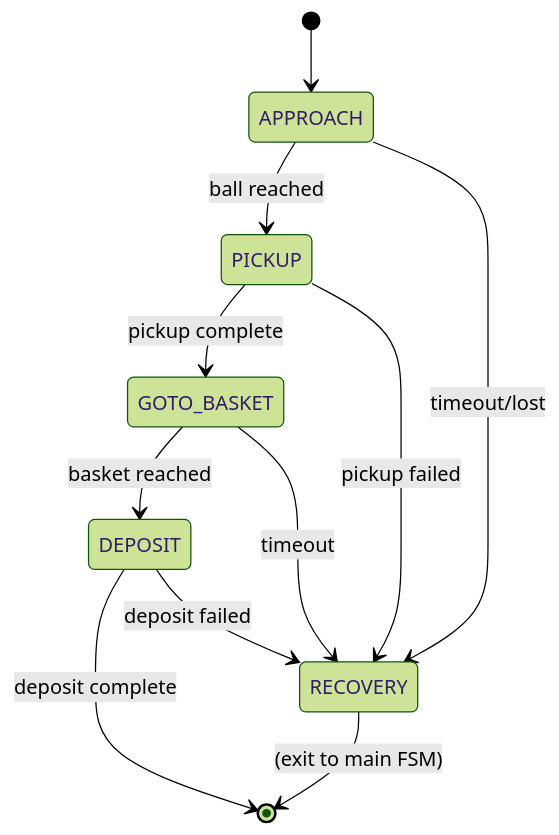
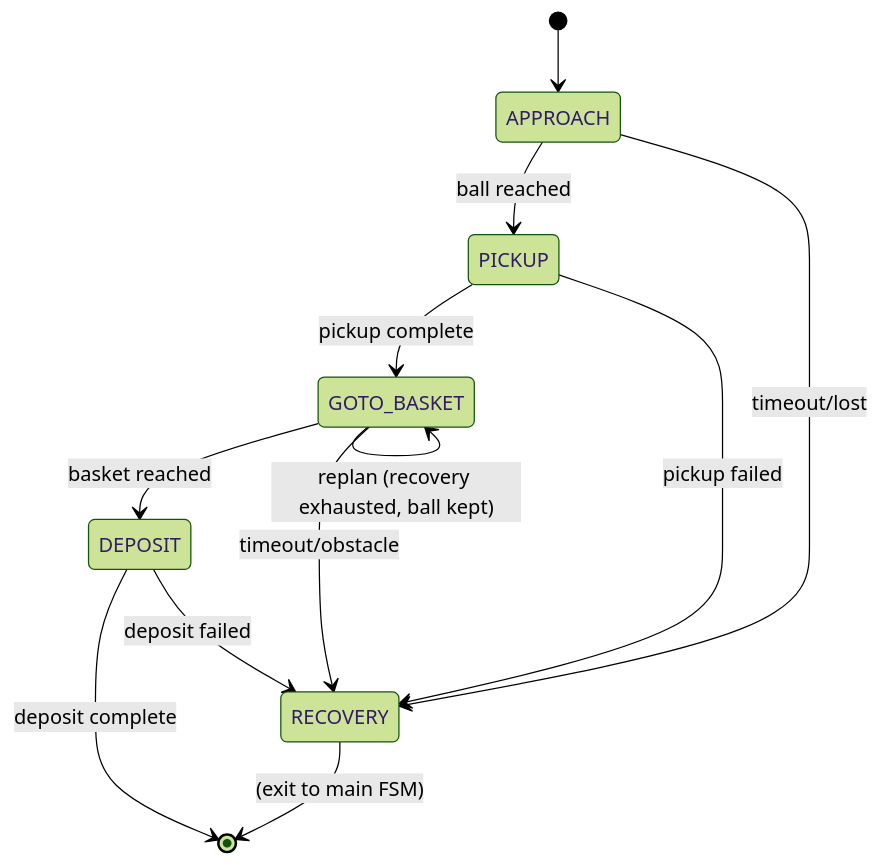
The second of 3 diagrams in docs/state-machine-complete.md (el-musleh/ITQ_HackLab_Team_2), drawn with Mermaid (forest theme) before and after one commit. The commit also changed other lines of this file and 14 other files, not shown here.

First line of the commit message:
feat: hybrid A* + visual GOTO_BASKET with obstacle-aware pathfinding

````diff
--- a/docs/state-machine-complete.md
+++ b/docs/state-machine-complete.md
@@ -346,13 +351,14 @@
 ```mermaid
 stateDiagram-v2
     [*] --> APPROACH
     APPROACH --> PICKUP : ball reached
     APPROACH --> RECOVERY : timeout/lost
     PICKUP --> GOTO_BASKET : pickup complete
     PICKUP --> RECOVERY : pickup failed
     GOTO_BASKET --> DEPOSIT : basket reached
-    GOTO_BASKET --> RECOVERY : timeout
+    GOTO_BASKET --> RECOVERY : timeout/obstacle
+    GOTO_BASKET --> GOTO_BASKET : replan (recovery exhausted, ball kept)
     DEPOSIT --> [*] : deposit complete
     DEPOSIT --> RECOVERY : deposit failed
     RECOVERY --> [*] : (exit to main FSM)
 ```
````
